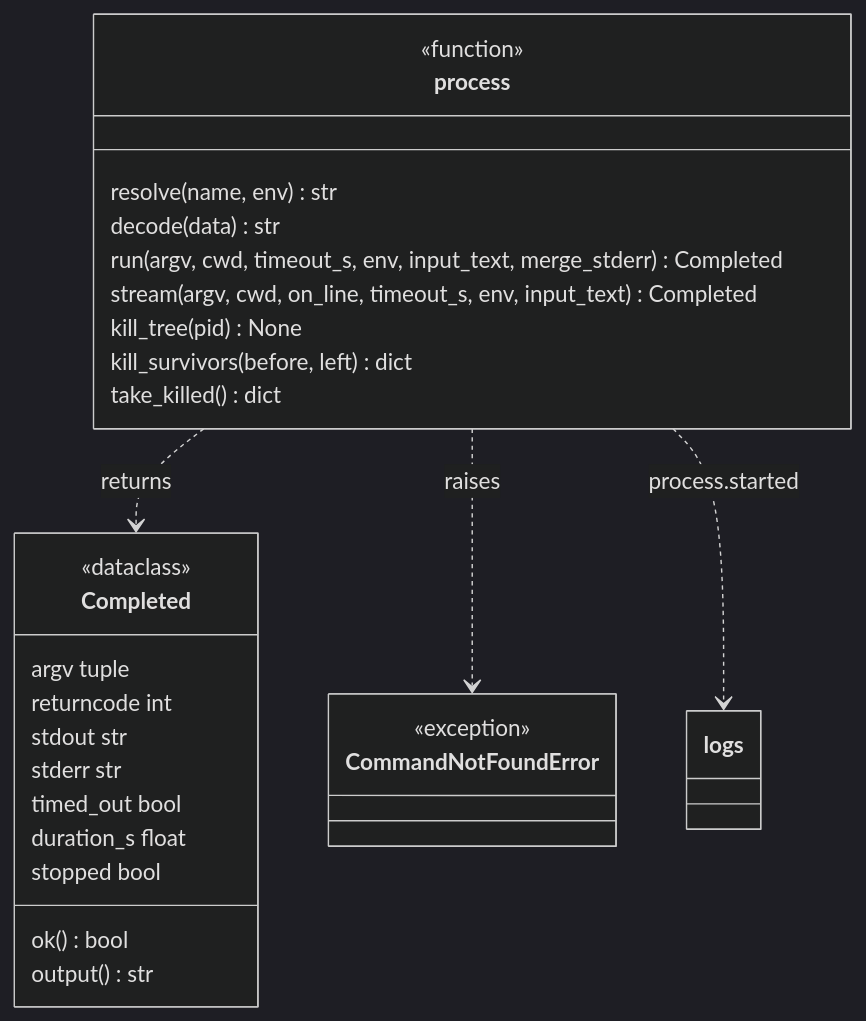
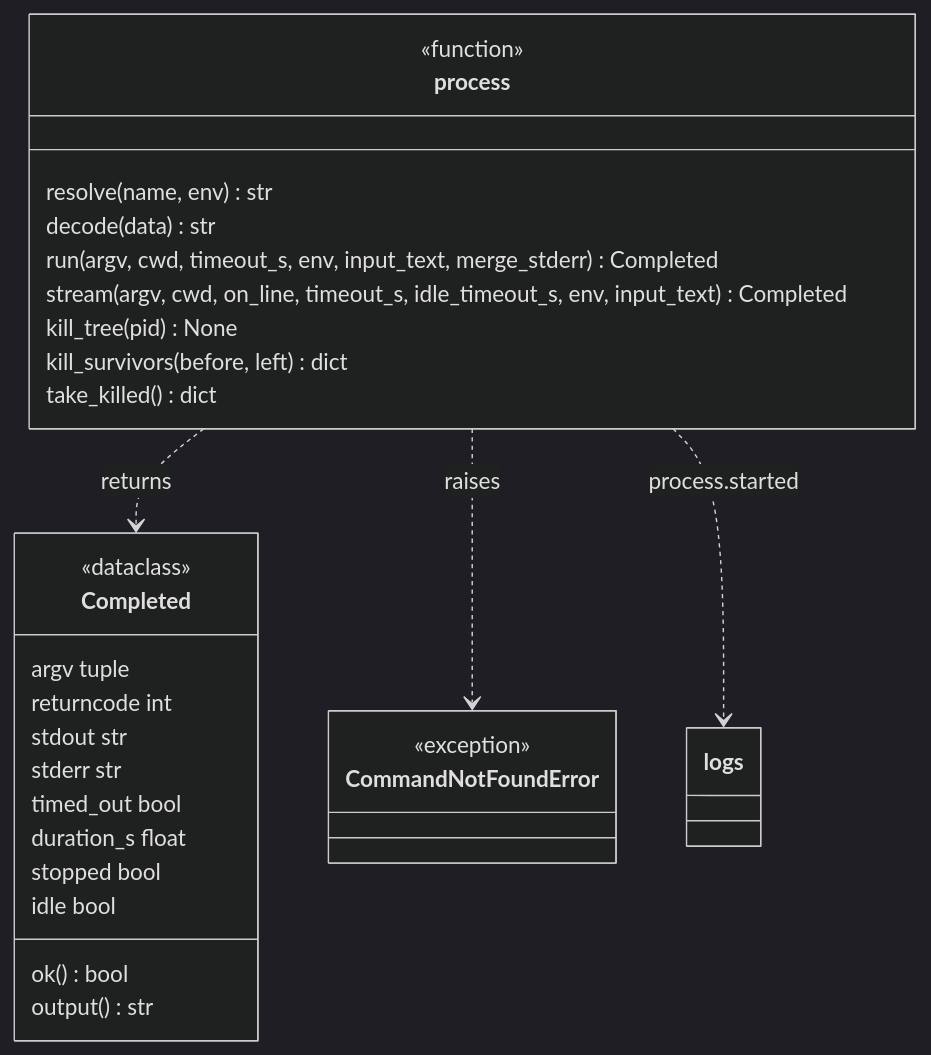
Before and after one commit to plaplanche/ariane: the second of 3 diagrams in docs/architecture/modules/process.md, drawn with Mermaid (dark theme). The commit also changed other lines of this file and 22 other files, not shown here.

````diff
--- a/docs/architecture/modules/process.md
+++ b/docs/architecture/modules/process.md
@@ -54,31 +56,32 @@
 ```mermaid
 classDiagram
 class Completed {
   <<dataclass>>
   argv tuple
   returncode int
   stdout str
   stderr str
   timed_out bool
   duration_s float
   stopped bool
+  idle bool
   ok() bool
   output() str
 }
 class CommandNotFoundError {
   <<exception>>
 }
 class process {
   <<function>>
   resolve(name, env) str
   decode(data) str
   run(argv, cwd, timeout_s, env, input_text, merge_stderr) Completed
-  stream(argv, cwd, on_line, timeout_s, env, input_text) Completed
+  stream(argv, cwd, on_line, timeout_s, idle_timeout_s, env, input_text) Completed
   kill_tree(pid) None
   kill_survivors(before, left) dict
   take_killed() dict
 }
 process ..> Completed : returns
 process ..> CommandNotFoundError : raises
 process ..> logs : process.started
 ```
````
